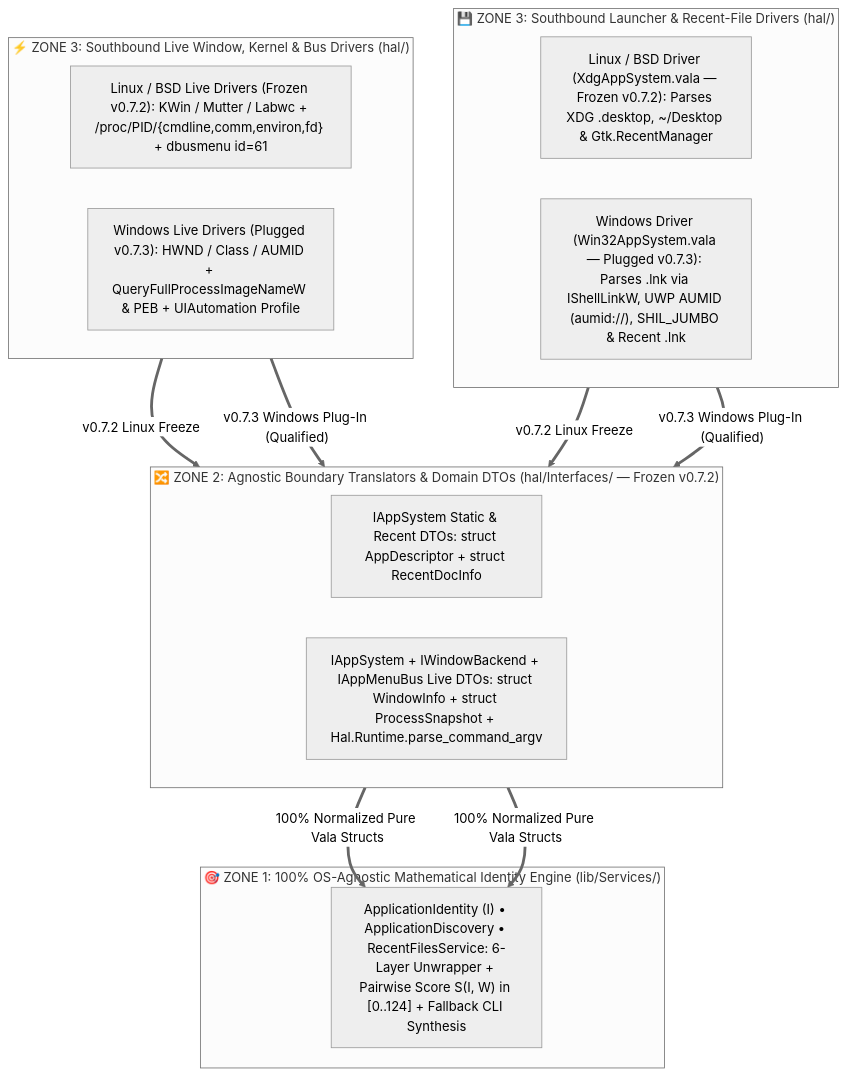
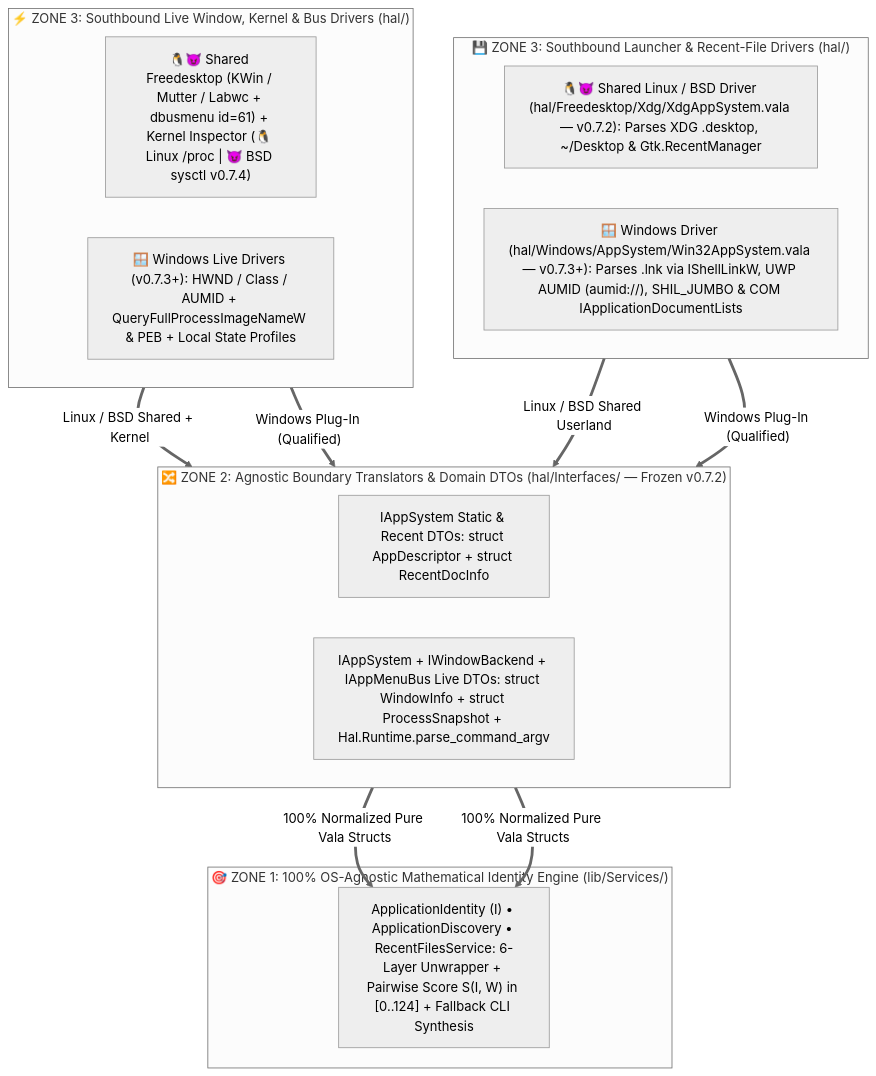
The first of 4 diagrams in Documentation/Architecture/APPLICATION_IDENTITY_ENGINE.md (sergiomelas/WayPlank), drawn with Mermaid (neutral theme) before and after one commit. The commit also changed other lines of this file and 205 other files, not shown here.

````diff
--- a/Documentation/Architecture/APPLICATION_IDENTITY_ENGINE.md
+++ b/Documentation/Architecture/APPLICATION_IDENTITY_ENGINE.md
@@ -65,31 +66,31 @@
 ```mermaid
 flowchart TD
     subgraph ZONE3_STATIC ["💾 ZONE 3: Southbound Launcher & Recent-File Drivers (hal/)"]
         direction LR
-        FDO_DESK["Linux / BSD Driver (XdgAppSystem.vala — Frozen v0.7.2): Parses XDG .desktop, ~/Desktop & Gtk.RecentManager"];
-        WIN_LNK["Windows Driver (Win32AppSystem.vala — Plugged v0.7.3): Parses .lnk via IShellLinkW, UWP AUMID (aumid://), SHIL_JUMBO & Recent .lnk"];
+        FDO_DESK["🐧😈 Shared Linux / BSD Driver (hal/Freedesktop/Xdg/XdgAppSystem.vala — v0.7.2): Parses XDG .desktop, ~/Desktop & Gtk.RecentManager"];
+        WIN_LNK["🪟 Windows Driver (hal/Windows/AppSystem/Win32AppSystem.vala — v0.7.3+): Parses .lnk via IShellLinkW, UWP AUMID (aumid://), SHIL_JUMBO & COM IApplicationDocumentLists"];
     end
 
     subgraph ZONE3_LIVE ["⚡ ZONE 3: Southbound Live Window, Kernel & Bus Drivers (hal/)"]
         direction LR
-        LIN_LIVE["Linux / BSD Live Drivers (Frozen v0.7.2): KWin / Mutter / Labwc + /proc/PID/{cmdline,comm,environ,fd} + dbusmenu id=61"];
-        WIN_LIVE["Windows Live Drivers (Plugged v0.7.3): HWND / Class / AUMID + QueryFullProcessImageNameW & PEB + UIAutomation Profile"];
+        LIN_LIVE["🐧😈 Shared Freedesktop (KWin / Mutter / Labwc + dbusmenu id=61) + Kernel Inspector (🐧 Linux /proc | 😈 BSD sysctl v0.7.4)"];
+        WIN_LIVE["🪟 Windows Live Drivers (v0.7.3+): HWND / Class / AUMID + QueryFullProcessImageNameW & PEB + Local State Profiles"];
     end
 
     subgraph ZONE2_TRANS ["🔀 ZONE 2: Agnostic Boundary Translators & Domain DTOs (hal/Interfaces/ — Frozen v0.7.2)"]
         direction LR
         APP_DESC["IAppSystem Static & Recent DTOs: struct AppDescriptor + struct RecentDocInfo"];
         PROC_SNAP["IAppSystem + IWindowBackend + IAppMenuBus Live DTOs: struct WindowInfo + struct ProcessSnapshot + Hal.Runtime.parse_command_argv"];
     end
 
     subgraph ZONE1_ENGINE ["🎯 ZONE 1: 100% OS-Agnostic Mathematical Identity Engine (lib/Services/)"]
         ID_CORE["ApplicationIdentity (I) • ApplicationDiscovery • RecentFilesService: 6-Layer Unwrapper + Pairwise Score S(I, W) in [0..124] + Fallback CLI Synthesis"];
     end
 
-    FDO_DESK ==>|"v0.7.2 Linux Freeze"| APP_DESC;
-    WIN_LNK ==>|"v0.7.3 Windows Plug-In (Qualified)"| APP_DESC;
-    LIN_LIVE ==>|"v0.7.2 Linux Freeze"| PROC_SNAP;
-    WIN_LIVE ==>|"v0.7.3 Windows Plug-In (Qualified)"| PROC_SNAP;
+    FDO_DESK ==>|"Linux / BSD Shared Userland"| APP_DESC;
+    WIN_LNK ==>|"Windows Plug-In (Qualified)"| APP_DESC;
+    LIN_LIVE ==>|"Linux / BSD Shared + Kernel"| PROC_SNAP;
+    WIN_LIVE ==>|"Windows Plug-In (Qualified)"| PROC_SNAP;
     APP_DESC ==>|"100% Normalized Pure Vala Structs"| ID_CORE;
     PROC_SNAP ==>|"100% Normalized Pure Vala Structs"| ID_CORE;
 ```
````
